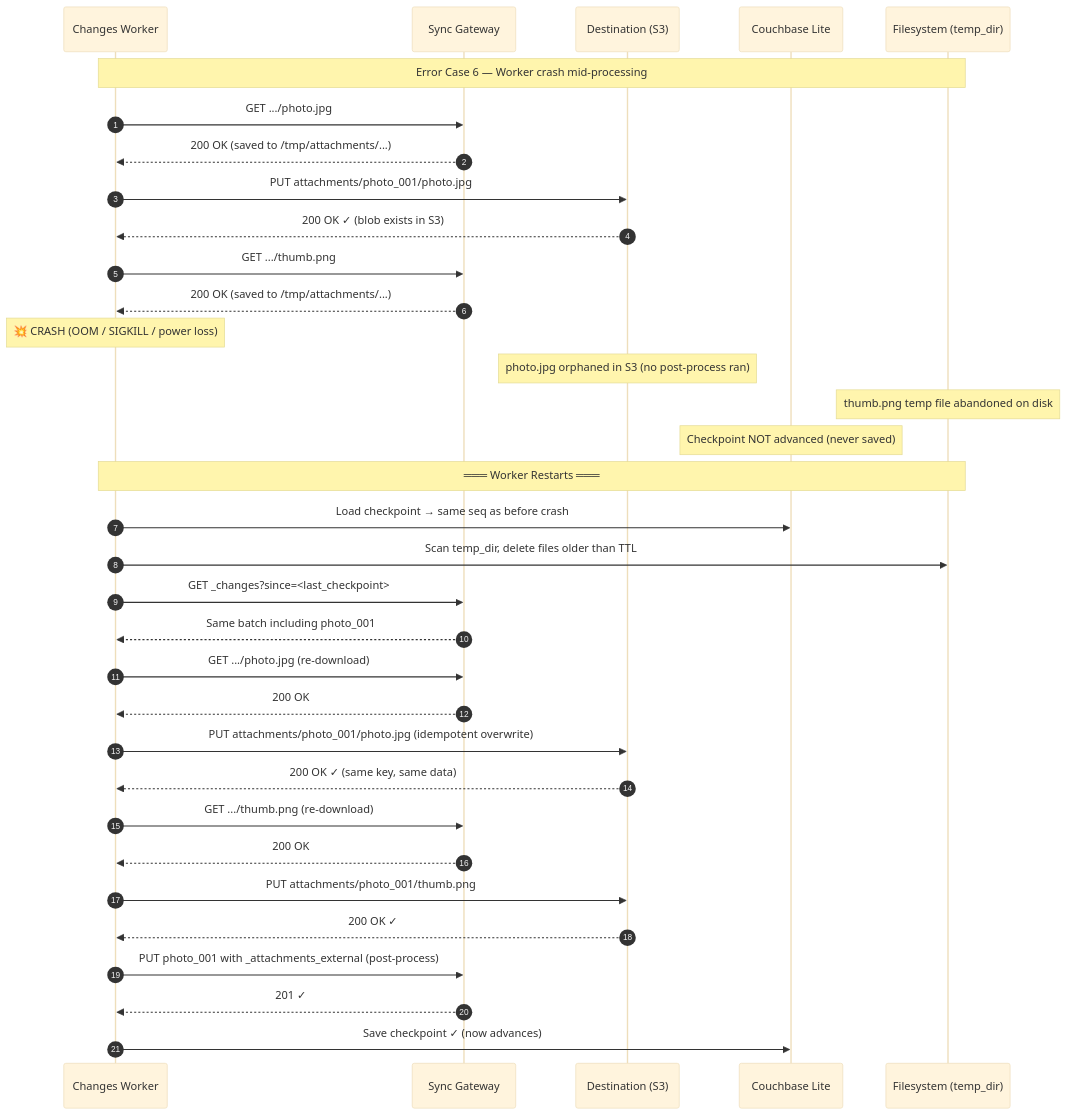
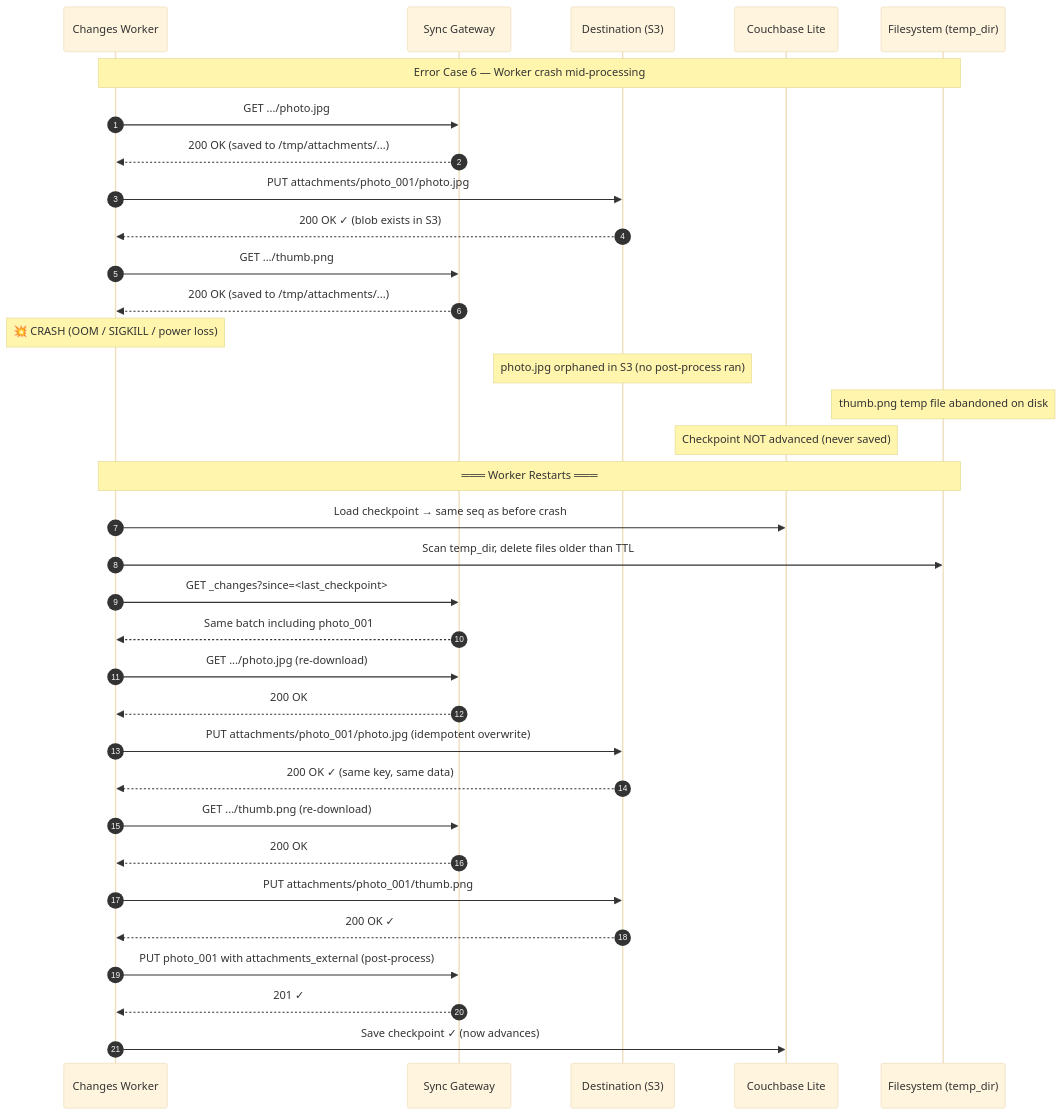
One commit to Fujio-Turner/change_stream_db changed the eighth of 10 diagrams in docs/ATTACHMENTS.md. Above: the diagram before and after it, drawn with Mermaid (base theme). The commit also changed other lines of this file and 22 other files, not shown here.

````diff
--- a/docs/ATTACHMENTS.md
+++ b/docs/ATTACHMENTS.md
@@ -1251,48 +1251,48 @@
 ```mermaid
 sequenceDiagram
     autonumber
     participant W as Changes Worker
     participant SG as Sync Gateway
     participant S3 as Destination (S3)
     participant CBL as Couchbase Lite
     participant FS as Filesystem (temp_dir)
 
     Note over W,FS: Error Case 6 — Worker crash mid-processing
 
     W->>SG: GET .../photo.jpg
     SG-->>W: 200 OK (saved to /tmp/attachments/...)
     W->>S3: PUT attachments/photo_001/photo.jpg
     S3-->>W: 200 OK ✓ (blob exists in S3)
 
     W->>SG: GET .../thumb.png
     SG-->>W: 200 OK (saved to /tmp/attachments/...)
 
     Note over W: 💥 CRASH (OOM / SIGKILL / power loss)
     Note over S3: photo.jpg orphaned in S3 (no post-process ran)
     Note over FS: thumb.png temp file abandoned on disk
     Note over CBL: Checkpoint NOT advanced (never saved)
 
     Note over W,FS: ═══ Worker Restarts ═══
 
     W->>CBL: Load checkpoint → same seq as before crash
     W->>FS: Scan temp_dir, delete files older than TTL
 
     W->>SG: GET _changes?since=<last_checkpoint>
     SG-->>W: Same batch including photo_001
 
     W->>SG: GET .../photo.jpg (re-download)
     SG-->>W: 200 OK
 
     W->>S3: PUT attachments/photo_001/photo.jpg (idempotent overwrite)
     S3-->>W: 200 OK ✓ (same key, same data)
 
     W->>SG: GET .../thumb.png (re-download)
     SG-->>W: 200 OK
     W->>S3: PUT attachments/photo_001/thumb.png
     S3-->>W: 200 OK ✓
 
-    W->>SG: PUT photo_001 with _attachments_external (post-process)
+    W->>SG: PUT photo_001 with attachments_external (post-process)
     SG-->>W: 201 ✓
 
     W->>CBL: Save checkpoint ✓ (now advances)
 ```
````
